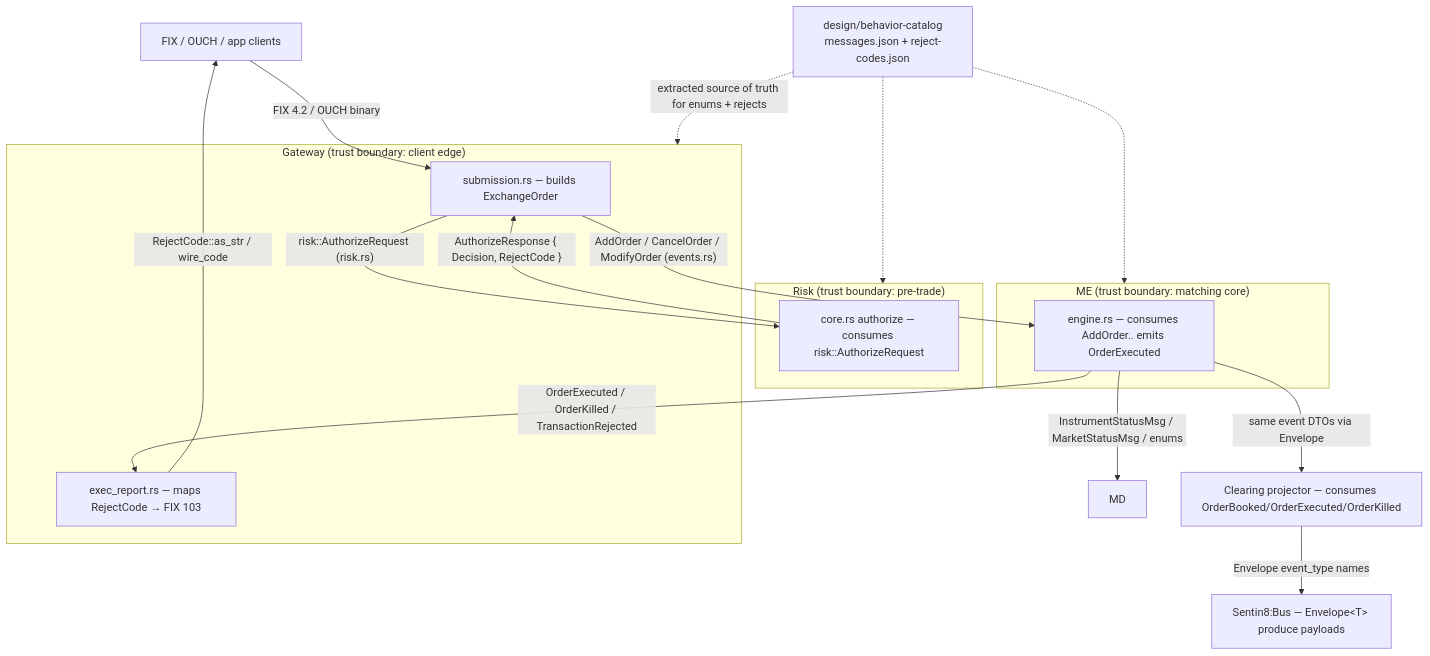
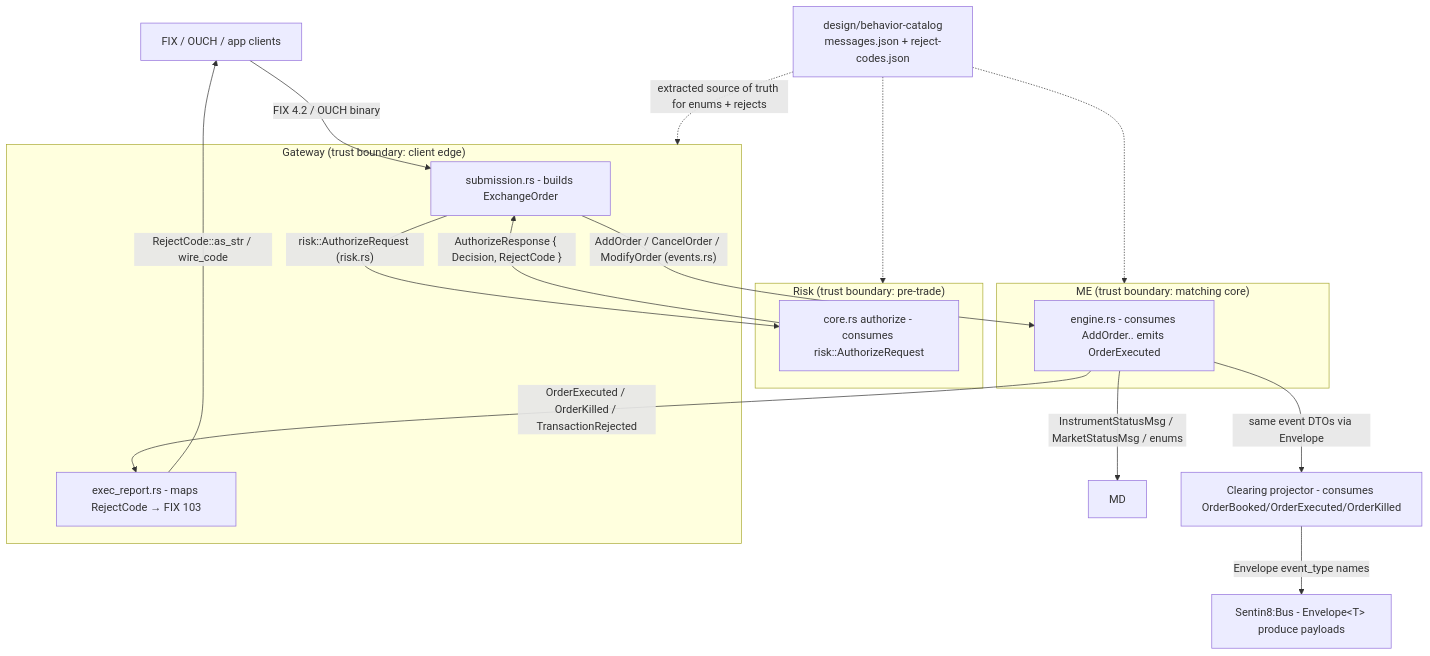
The first of 4 diagrams in crates/contracts/DESIGN.md (Exchange8-dev/exchange8-sdk), drawn with Mermaid before and after one commit. The commit also changed other lines of this file and 60 other files, not shown here.

````diff
--- a/crates/contracts/DESIGN.md
+++ b/crates/contracts/DESIGN.md
@@ -34,31 +34,31 @@
 ```mermaid
 graph TD
     CLIENT["FIX / OUCH / app clients"]
     subgraph SGW["Gateway (trust boundary: client edge)"]
-        GWSUB["submission.rs — builds ExchangeOrder"]
-        GWEX["exec_report.rs — maps RejectCode → FIX 103"]
+        GWSUB["submission.rs - builds ExchangeOrder"]
+        GWEX["exec_report.rs - maps RejectCode → FIX 103"]
     end
     subgraph SRK["Risk (trust boundary: pre-trade)"]
-        RK["core.rs authorize — consumes risk::AuthorizeRequest"]
+        RK["core.rs authorize - consumes risk::AuthorizeRequest"]
     end
     subgraph SME["ME (trust boundary: matching core)"]
-        ENG["engine.rs — consumes AddOrder.. emits OrderExecuted"]
+        ENG["engine.rs - consumes AddOrder.. emits OrderExecuted"]
     end
-    CL["Clearing projector — consumes OrderBooked/OrderExecuted/OrderKilled"]
-    MDU["MD book/calendar — consumes InstrumentStatus/LotType"]
-    BUS["Sentin8:Bus — Envelope&lt;T&gt; produce payloads"]
+    CL["Clearing projector - consumes OrderBooked/OrderExecuted/OrderKilled"]
+    MDU["MD book/calendar - consumes InstrumentStatus/LotType"]
+    BUS["Sentin8:Bus - Envelope&lt;T&gt; produce payloads"]
     CAT["design/behavior-catalog<br/>messages.json + reject-codes.json"]
 
     CLIENT -->|FIX 4.2 / OUCH binary| GWSUB
     GWSUB -->|"risk::AuthorizeRequest (risk.rs)"| RK
     RK -->|"AuthorizeResponse { Decision, RejectCode }"| GWSUB
     GWSUB -->|"AddOrder / CancelOrder / ModifyOrder (events.rs)"| ENG
     ENG -->|"OrderExecuted / OrderKilled / TransactionRejected"| GWEX
     ENG -->|"same event DTOs via Envelope"| CL
     ENG -->|"InstrumentStatusMsg / MarketStatusMsg / enums"| MDU["MD"]
     GWEX -->|"RejectCode::as_str / wire_code"| CLIENT
     CL -->|"Envelope event_type names"| BUS
     CAT -. "extracted source of truth for enums + rejects" .-> SGW
     CAT -.-> SRK
     CAT -.-> SME
 ```
````
